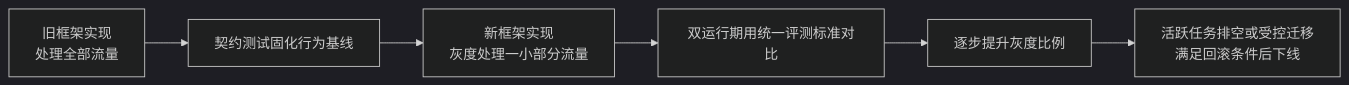
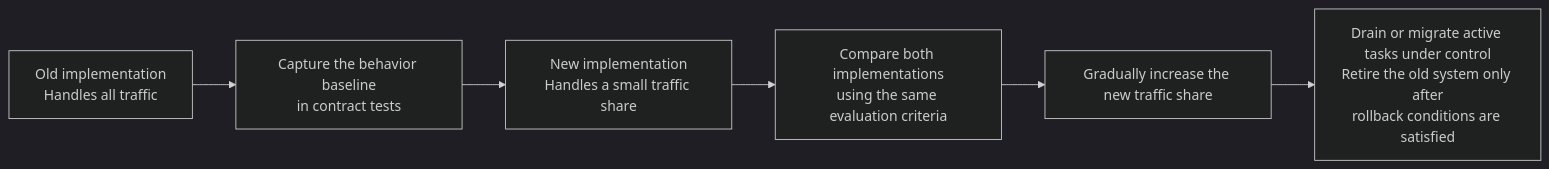
One commit to oneleaveknowsthefall/awesome-ai-roadmap changed the fourth of 4 diagrams in docs/frameworks/06-selection-portability/23-lockin-and-portable-architecture.md. Above: the diagram before and after it, drawn with Mermaid (dark theme). The commit also changed other lines of this file and 70 other files, not shown here.

````diff
--- a/docs/frameworks/06-selection-portability/23-lockin-and-portable-architecture.md
+++ b/docs/frameworks/06-selection-portability/23-lockin-and-portable-architecture.md
@@ -94,8 +94,8 @@
 ```mermaid
 flowchart LR
-    A["旧框架实现<br/>处理全部流量"] --> B["契约测试固化行为基线"]
-    B --> C["新框架实现<br/>灰度处理一小部分流量"]
-    C --> D["双运行期用统一评测标准对比"]
-    D --> E["逐步提升灰度比例"]
-    E --> F["活跃任务排空或受控迁移<br/>满足回滚条件后下线"]
+    A["Old implementation<br/>Handles all traffic"] --> B["Capture the behavior baseline<br/>in contract tests"]
+    B --> C["New implementation<br/>Handles a small traffic share"]
+    C --> D["Compare both implementations<br/>using the same evaluation criteria"]
+    D --> E["Gradually increase the new traffic share"]
+    E --> F["Drain or migrate active tasks under control<br/>Retire the old system only after<br/>rollback conditions are satisfied"]
 ```
````
